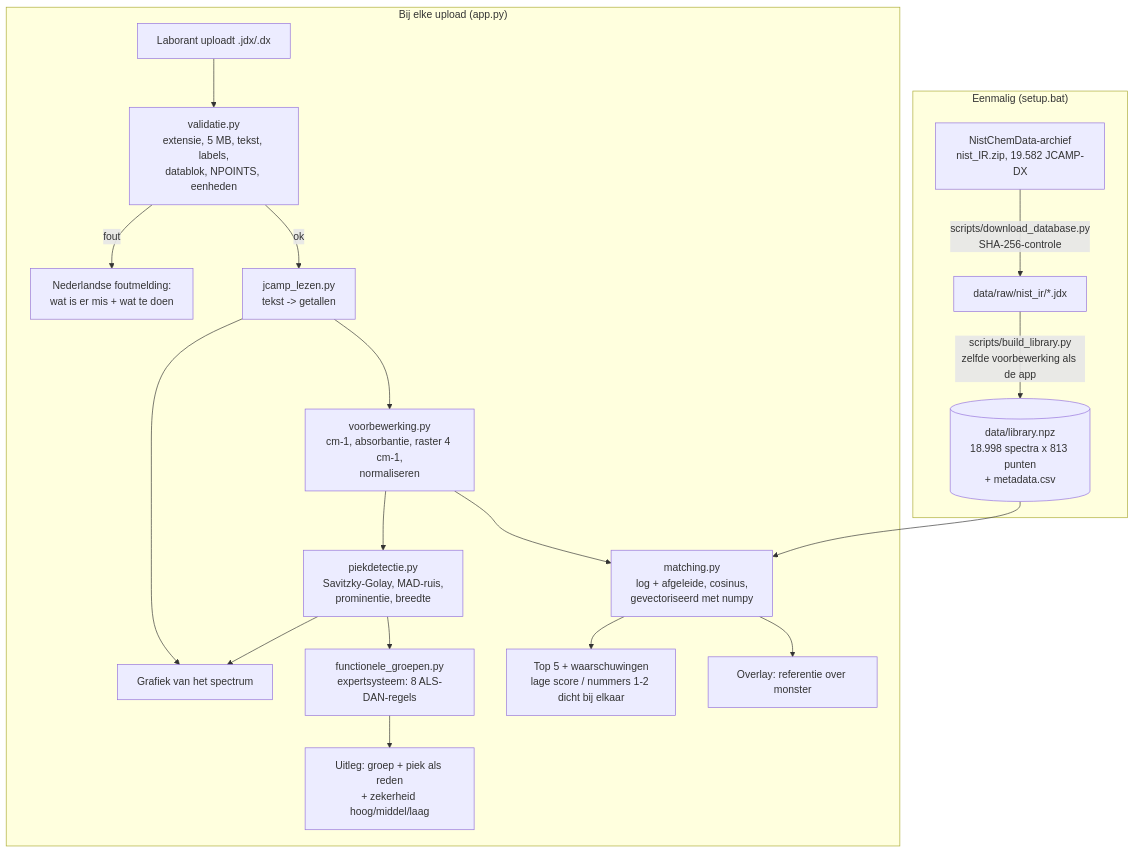
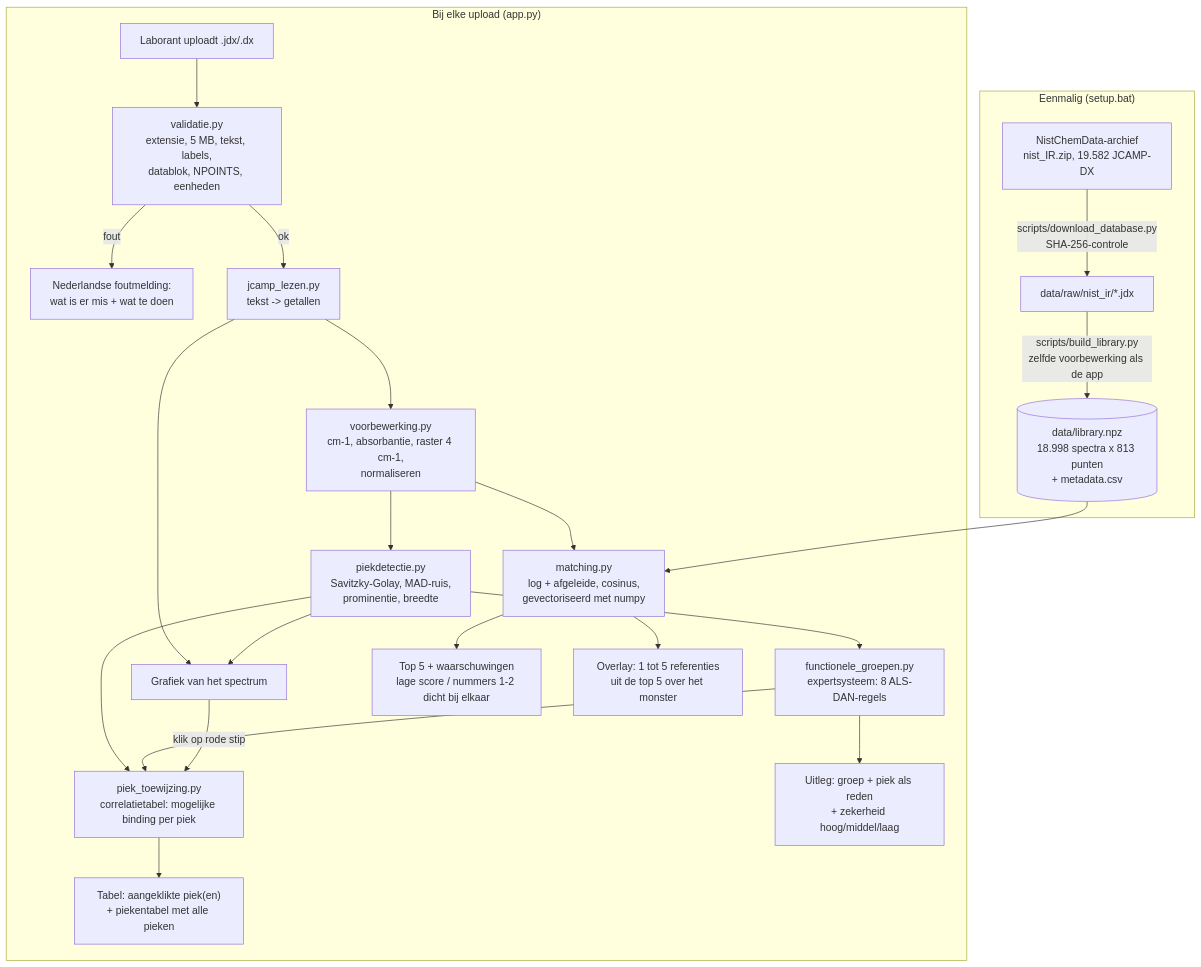
Before and after one commit to Noahkloos/ir-stofherkenner: the diagram in docs/ontwerp.md, drawn with Mermaid. The commit also changed other lines of this file and 5 other files, not shown here.

Commit message:
Documentatie bijgewerkt voor de nieuwe app-functies (stijl, overlay, klikbare pieken)

````diff
--- a/docs/ontwerp.md
+++ b/docs/ontwerp.md
@@ -14,23 +14,27 @@
 ```mermaid
 flowchart TD
     subgraph Eenmalig["Eenmalig (setup.bat)"]
         A[NistChemData-archief<br/>nist_IR.zip, 19.582 JCAMP-DX] -->|scripts/download_database.py<br/>SHA-256-controle| B[data/raw/nist_ir/*.jdx]
         B -->|scripts/build_library.py<br/>zelfde voorbewerking als de app| C[(data/library.npz<br/>18.998 spectra x 813 punten<br/>+ metadata.csv)]
     end
 
     subgraph App["Bij elke upload (app.py)"]
         U[Laborant uploadt .jdx/.dx] --> V[validatie.py<br/>extensie, 5 MB, tekst, labels,<br/>datablok, NPOINTS, eenheden]
         V -->|fout| F[Nederlandse foutmelding:<br/>wat is er mis + wat te doen]
         V -->|ok| L[jcamp_lezen.py<br/>tekst -> getallen]
         L --> P[voorbewerking.py<br/>cm-1, absorbantie, raster 4 cm-1,<br/>normaliseren]
         L --> G1[Grafiek van het spectrum]
         P --> K[piekdetectie.py<br/>Savitzky-Golay, MAD-ruis,<br/>prominentie, breedte]
         K --> G1
         K --> R[functionele_groepen.py<br/>expertsysteem: 8 ALS-DAN-regels]
+        K --> PT[piek_toewijzing.py<br/>correlatietabel: mogelijke binding per piek]
+        R --> PT
+        G1 -->|klik op rode stip| PT
+        PT --> TB["Tabel: aangeklikte piek(en)<br/>+ piekentabel met alle pieken"]
         P --> M[matching.py<br/>log + afgeleide, cosinus,<br/>gevectoriseerd met numpy]
         C --> M
         M --> T[Top 5 + waarschuwingen<br/>lage score / nummers 1-2 dicht bij elkaar]
-        M --> G2[Overlay: referentie over monster]
+        M --> G2[Overlay: 1 tot 5 referenties<br/>uit de top 5 over het monster]
         R --> X[Uitleg: groep + piek als reden<br/>+ zekerheid hoog/middel/laag]
     end
 ```
````
